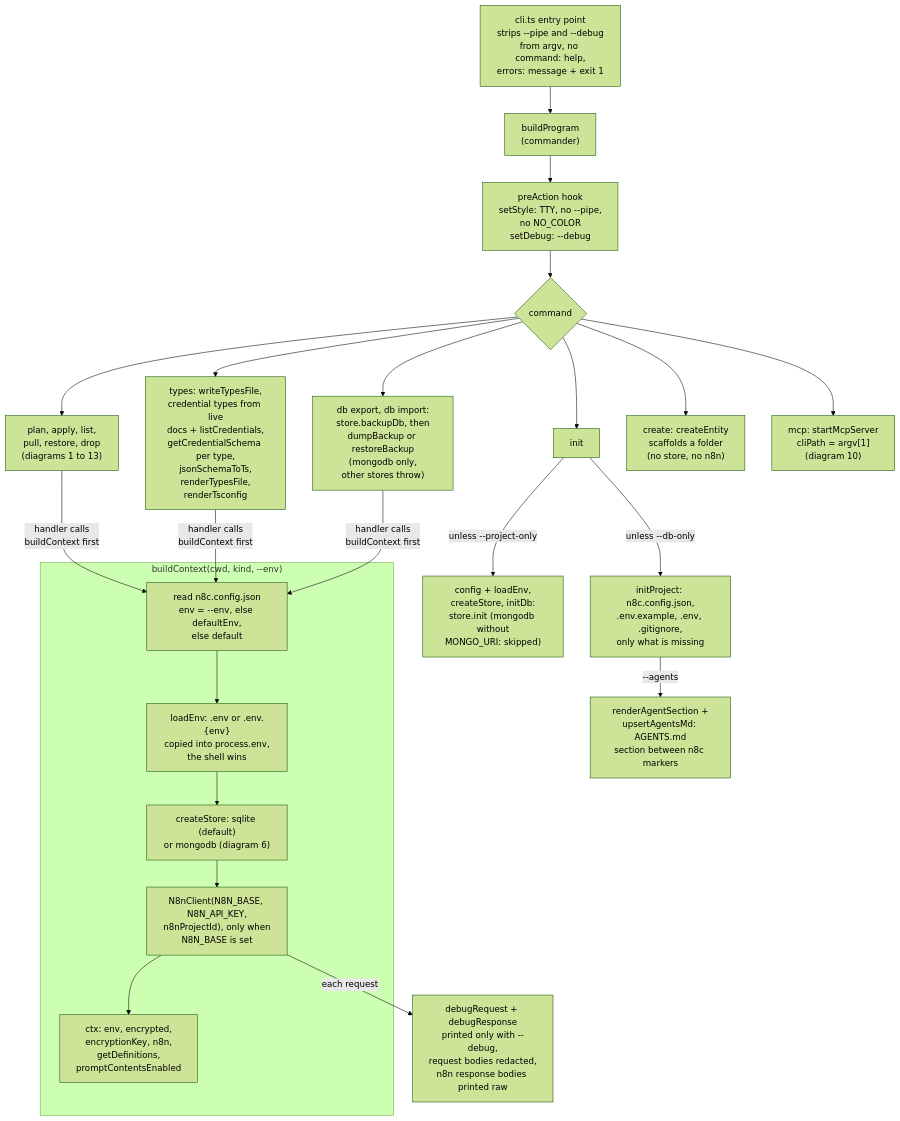
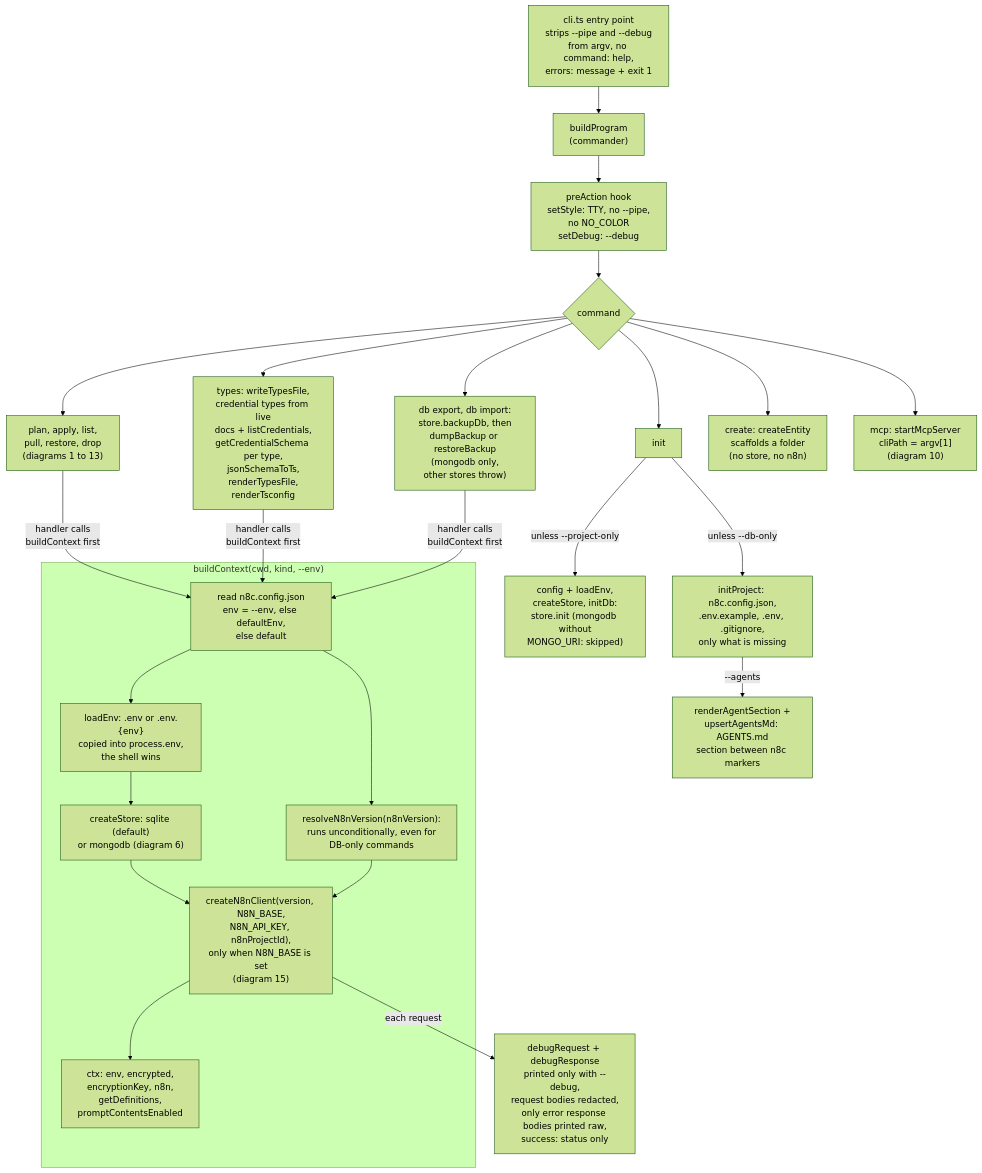
Diagram 14 of 15 in docs/ARCHITECTURE.md (nullseal/n8c), drawn with Mermaid (forest theme) before and after one commit. The commit also changed other lines of this file and 1 other file, not shown here.

Commit message:
docs: n8n version support

````diff
--- a/docs/ARCHITECTURE.md
+++ b/docs/ARCHITECTURE.md
@@ -750,25 +751,27 @@
 ```mermaid
 flowchart TB
     ENTRY["cli.ts entry point<br/>strips --pipe and --debug<br/>from argv, no command: help,<br/>errors: message + exit 1"] --> PROG["buildProgram<br/>(commander)"]
     PROG --> HOOK["preAction hook<br/>setStyle: TTY, no --pipe,<br/>no NO_COLOR<br/>setDebug: --debug"]
     HOOK --> CMD{"command"}
     CMD --> LOOP["plan, apply, list,<br/>pull, restore, drop<br/>(diagrams 1 to 13)"]
     CMD --> TY["types: writeTypesFile,<br/>credential types from live<br/>docs + listCredentials,<br/>getCredentialSchema per type,<br/>jsonSchemaToTs,<br/>renderTypesFile,<br/>renderTsconfig"]
     CMD --> BK["db export, db import:<br/>store.backupDb, then<br/>dumpBackup or restoreBackup<br/>(mongodb only,<br/>other stores throw)"]
     CMD --> INIT["init"]
     CMD --> CE["create: createEntity<br/>scaffolds a folder<br/>(no store, no n8n)"]
     CMD --> MCP["mcp: startMcpServer<br/>cliPath = argv[1]<br/>(diagram 10)"]
     INIT -->|"unless --db-only"| IP["initProject: n8c.config.json,<br/>.env.example, .env, .gitignore,<br/>only what is missing"]
     IP -->|"--agents"| AG["renderAgentSection +<br/>upsertAgentsMd: AGENTS.md<br/>section between n8c markers"]
     INIT -->|"unless --project-only"| IDB["config + loadEnv,<br/>createStore, initDb:<br/>store.init (mongodb without<br/>MONGO_URI: skipped)"]
     LOOP -->|"handler calls<br/>buildContext first"| CFG
     TY -->|"handler calls<br/>buildContext first"| CFG
     BK -->|"handler calls<br/>buildContext first"| CFG
     subgraph CTX["buildContext(cwd, kind, --env)"]
         CFG["read n8c.config.json<br/>env = --env, else defaultEnv,<br/>else default"] --> ENV["loadEnv: .env or .env.{env}<br/>copied into process.env,<br/>the shell wins"]
         ENV --> CS["createStore: sqlite (default)<br/>or mongodb (diagram 6)"]
-        CS --> NC["N8nClient(N8N_BASE, N8N_API_KEY,<br/>n8nProjectId), only when<br/>N8N_BASE is set"]
+        CFG --> VER["resolveN8nVersion(n8nVersion):<br/>runs unconditionally, even for<br/>DB-only commands"]
+        CS --> NC["createN8nClient(version, N8N_BASE,<br/>N8N_API_KEY, n8nProjectId),<br/>only when N8N_BASE is set<br/>(diagram 15)"]
+        VER --> NC
         NC --> EC["ctx: env, encrypted,<br/>encryptionKey, n8n,<br/>getDefinitions,<br/>promptContentsEnabled"]
     end
-    NC -->|"each request"| DBG["debugRequest + debugResponse<br/>printed only with --debug,<br/>request bodies redacted,<br/>n8n response bodies printed raw"]
+    NC -->|"each request"| DBG["debugRequest + debugResponse<br/>printed only with --debug,<br/>request bodies redacted,<br/>only error response bodies printed raw,<br/>success: status only"]
 ```
````
